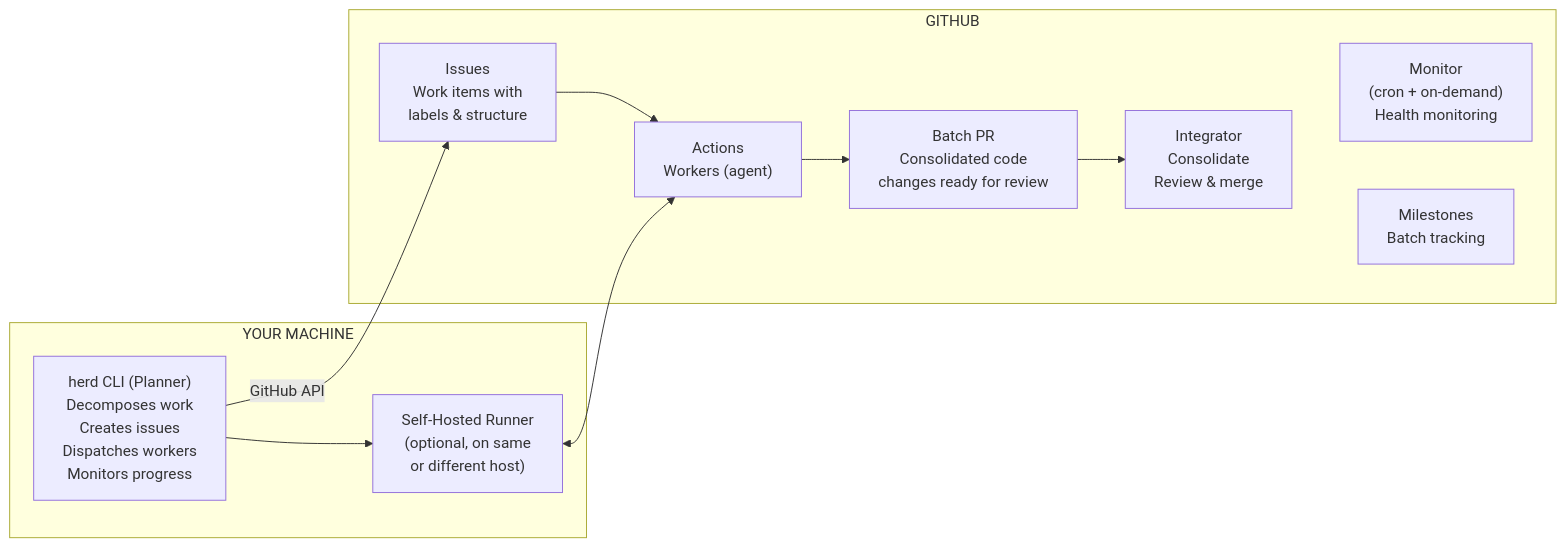
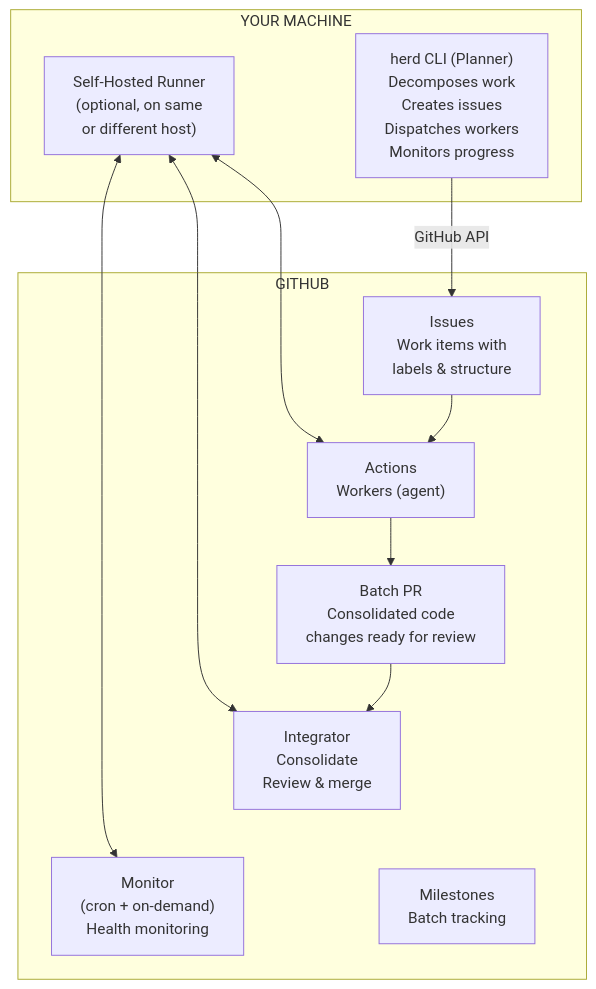
Before and after one commit to Herd-OS/herd: the first of 5 diagrams in docs/design/architecture.md, drawn with Mermaid.

Commit message:
fix: update first Mermaid diagram layout in architecture.md (#340)
- Change to top-down layout (graph TD) with "Your Machine" row on top
- Remove arrow between herd CLI and Self-Hosted Runner
- Add double arrows between Runner and all services that execute on it
  (Actions, Integrator, Monitor)

````diff
--- a/docs/design/architecture.md
+++ b/docs/design/architecture.md
@@ -7,26 +7,27 @@
 ```mermaid
-graph LR
+graph TD
     subgraph Local["YOUR MACHINE"]
         CLI["herd CLI (Planner)<br>Decomposes work<br>Creates issues<br>Dispatches workers<br>Monitors progress"]
         Runner["Self-Hosted Runner<br>(optional, on same<br>or different host)"]
-        CLI --> Runner
     end
 
     subgraph Cloud["GITHUB"]
         Issues["Issues<br>Work items with<br>labels & structure"]
         Actions["Actions<br>Workers (agent)"]
         BatchPR["Batch PR<br>Consolidated code<br>changes ready for review"]
         Integrator["Integrator<br>Consolidate<br>Review & merge"]
         Monitor["Monitor<br>(cron + on-demand)<br>Health monitoring"]
         Milestones["Milestones<br>Batch tracking"]
 
         Issues --> Actions
         Actions --> BatchPR
         BatchPR --> Integrator
         Integrator ~~~ Monitor
         Integrator ~~~ Milestones
     end
 
     CLI -->|GitHub API| Issues
     Runner <--> Actions
+    Runner <--> Integrator
+    Runner <--> Monitor
 ```
````
